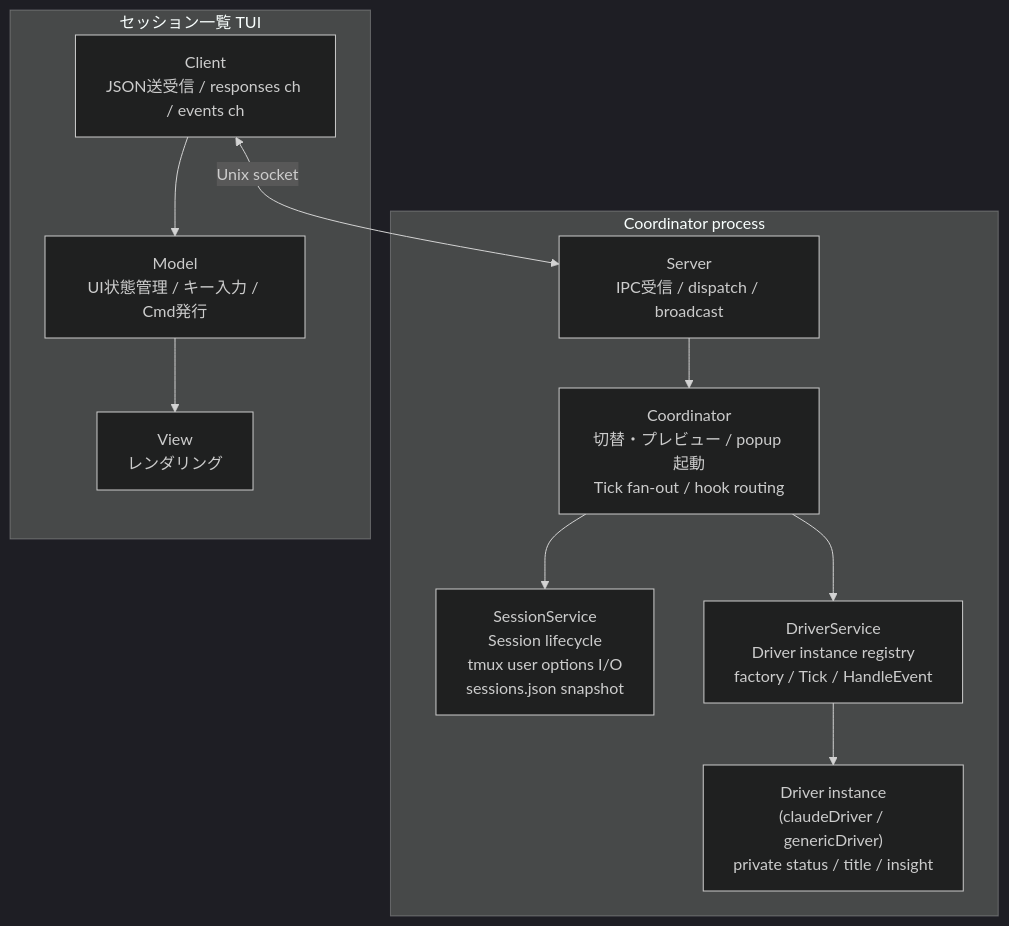
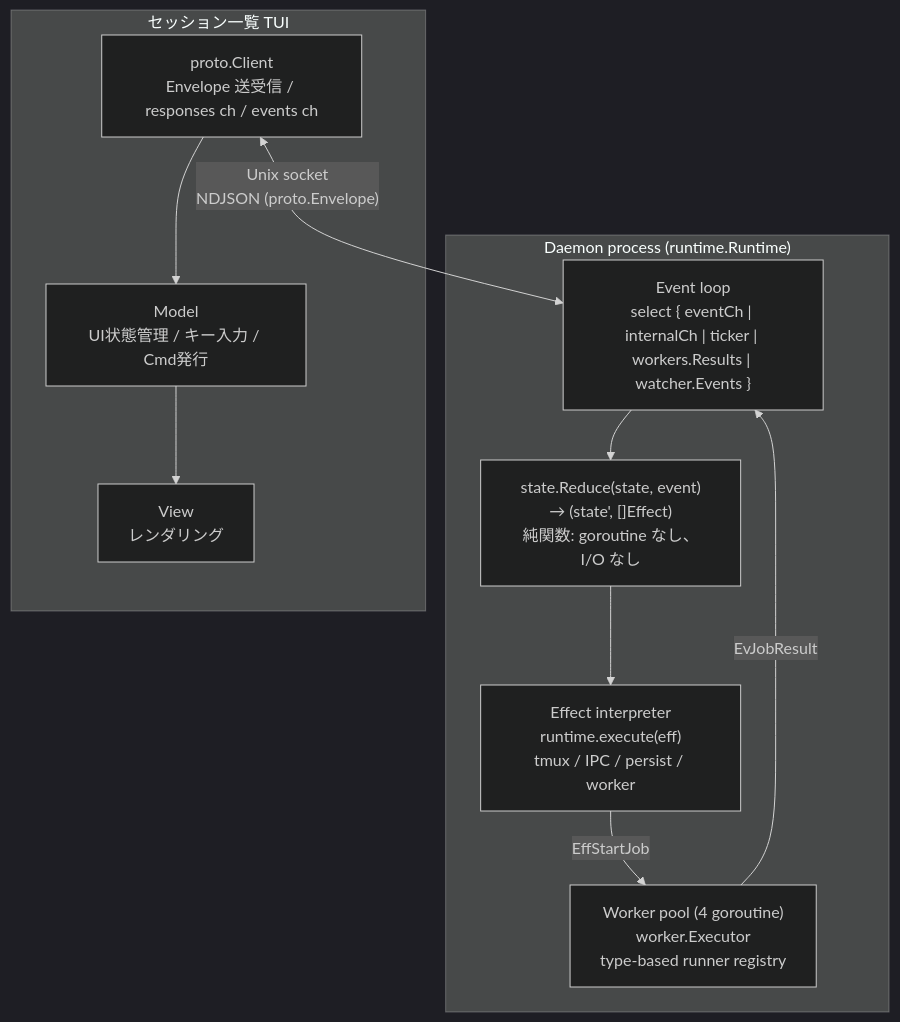
One commit to takezoh/agent-roost changed the second of 12 diagrams in ARCHITECTURE.md. Above: the diagram before and after it, drawn with Mermaid (dark theme). The commit also changed other lines of this file, not shown here.

First line of the commit message:
Rewrite ARCHITECTURE.md for FCIS architecture

````diff
--- a/ARCHITECTURE.md
+++ b/ARCHITECTURE.md
@@ -354,25 +349,24 @@
 ```mermaid
 flowchart TB
-    subgraph main["Coordinator process"]
-        Server["Server<br/>IPC受信 / dispatch / broadcast"]
-        Coord["Coordinator<br/>切替・プレビュー / popup 起動<br/>Tick fan-out / hook routing"]
-        SessSvc["SessionService<br/>Session lifecycle<br/>tmux user options I/O<br/>sessions.json snapshot"]
-        DrvSvc["DriverService<br/>Driver instance registry<br/>factory / Tick / HandleEvent"]
-        Drv1["Driver instance<br/>(claudeDriver / genericDriver)<br/>private status / title / insight"]
+    subgraph daemon["Daemon process (runtime.Runtime)"]
+        EL["Event loop<br/>select { eventCh | internalCh | ticker | workers.Results | watcher.Events }"]
+        Reduce["state.Reduce(state, event)<br/>→ (state', []Effect)<br/>純関数: goroutine なし、I/O なし"]
+        Interp["Effect interpreter<br/>runtime.execute(eff)<br/>tmux / IPC / persist / worker"]
+        Pool["Worker pool (4 goroutine)<br/>worker.Executor<br/>type-based runner registry"]
 
-        Server --> Coord
-        Coord --> SessSvc
-        Coord --> DrvSvc
-        DrvSvc --> Drv1
+        EL --> Reduce
+        Reduce --> Interp
+        Interp -->|EffStartJob| Pool
+        Pool -->|EvJobResult| EL
     end
 
     subgraph tui["セッション一覧 TUI"]
-        Client["Client<br/>JSON送受信 / responses ch / events ch"]
+        Client["proto.Client<br/>Envelope 送受信 / responses ch / events ch"]
         Model["Model<br/>UI状態管理 / キー入力 / Cmd発行"]
         View["View<br/>レンダリング"]
 
         Client --> Model --> View
     end
 
-    Client <-->|Unix socket| Server
+    Client <-->|"Unix socket<br/>NDJSON (proto.Envelope)"| EL
 ```
````
